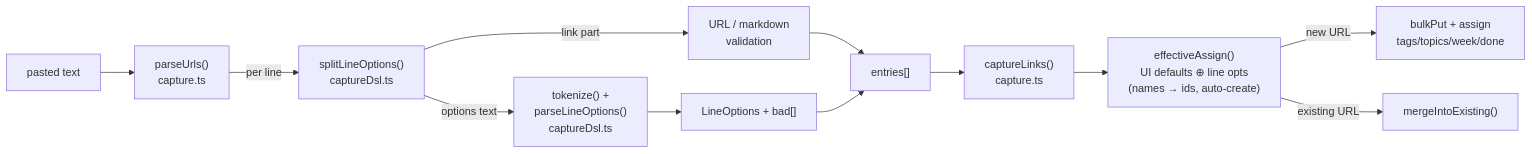
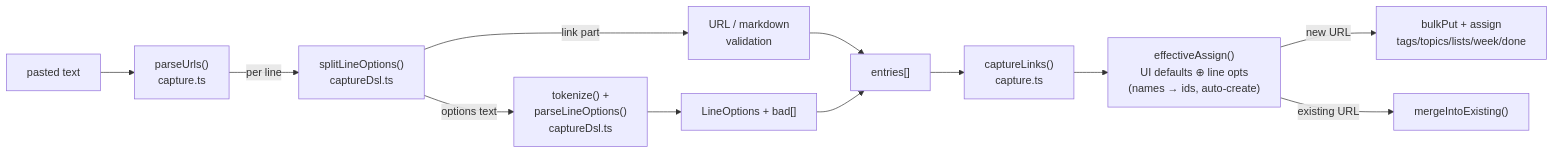
One commit to Kieran-s-Artisnal-Slop-Factory/readerr changed the first of 2 diagrams in docs/dev/link-dsl.md. Above: the diagram before and after it, drawn with Mermaid. The commit also changed other lines of this file and 47 other files, not shown here.

````diff
--- a/docs/dev/link-dsl.md
+++ b/docs/dev/link-dsl.md
@@ -75,14 +83,14 @@
 ```mermaid
 flowchart LR
     Paste["pasted text"] --> P1["parseUrls()\ncapture.ts"]
     P1 -->|per line| S["splitLineOptions()\ncaptureDsl.ts"]
     S -->|link part| U["URL / markdown\nvalidation"]
     S -->|options text| T["tokenize() +\nparseLineOptions()\ncaptureDsl.ts"]
     T --> O["LineOptions + bad[]"]
     U --> E["entries[]"]
     O --> E
     E --> C["captureLinks()\ncapture.ts"]
     C --> EA["effectiveAssign()\nUI defaults ⊕ line opts\n(names → ids, auto-create)"]
-    EA -->|new URL| New["bulkPut + assign\ntags/topics/week/done"]
+    EA -->|new URL| New["bulkPut + assign\ntags/topics/lists/week/done"]
     EA -->|existing URL| Merge["mergeIntoExisting()"]
 ```
````
